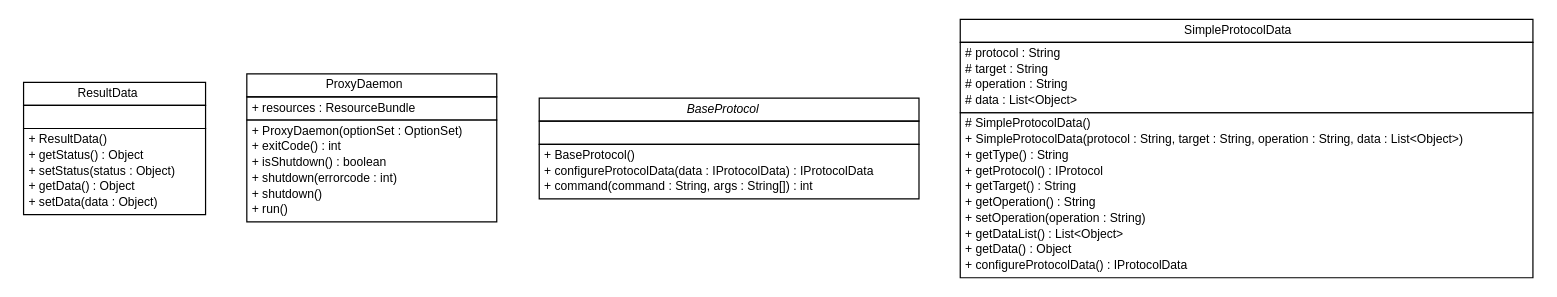
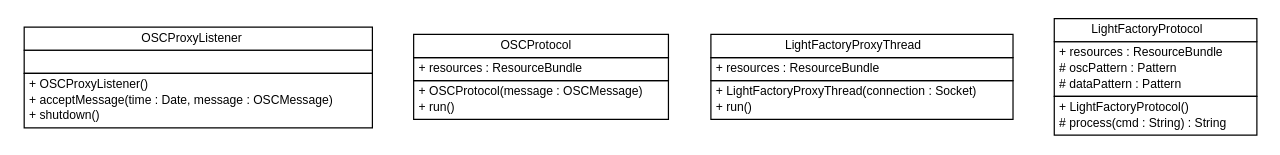
One commit to pcross616/lf-osc-proxy changed the diagram in apidocs/com/xley/lfosc/impl/com.xley.lfosc.impl.dot. Above: the diagram before and after it, drawn with Graphviz. The commit also changed 541 other files, not shown here.

```diff
--- a/apidocs/com/xley/lfosc/impl/com.xley.lfosc.impl.dot
+++ b/apidocs/com/xley/lfosc/impl/com.xley.lfosc.impl.dot
@@ -1,83 +1,67 @@
 #!/usr/local/bin/dot
 #
 # Class diagram 
 # Generated by UMLGraph version R5_6 (http://www.umlgraph.org/)
 #
 
 digraph G {
 	edge [fontname="Helvetica",fontsize=10,labelfontname="Helvetica",labelfontsize=10];
 	node [fontname="Helvetica",fontsize=10,shape=plaintext];
 	nodesep=0.25;
 	ranksep=0.5;
-	// com.xley.lfosc.impl.ResultData
-	c461 [label=<<table title="com.xley.lfosc.impl.ResultData" border="0" cellborder="1" cellspacing="0" cellpadding="2" port="p" href="./ResultData.html">
+	// com.xley.lfosc.impl.OSCProxyListener
+	c8 [label=<<table title="com.xley.lfosc.impl.OSCProxyListener" border="0" cellborder="1" cellspacing="0" cellpadding="2" port="p" href="./OSCProxyListener.html">
 		<tr><td><table border="0" cellspacing="0" cellpadding="1">
-<tr><td align="center" balign="center"> ResultData </td></tr>
+<tr><td align="center" balign="center"> OSCProxyListener </td></tr>
 		</table></td></tr>
 		<tr><td><table border="0" cellspacing="0" cellpadding="1">
 <tr><td align="left" balign="left">  </td></tr>
 		</table></td></tr>
 		<tr><td><table border="0" cellspacing="0" cellpadding="1">
-<tr><td align="left" balign="left"> + ResultData() </td></tr>
-<tr><td align="left" balign="left"> + getStatus() : Object </td></tr>
-<tr><td align="left" balign="left"> + setStatus(status : Object) </td></tr>
-<tr><td align="left" balign="left"> + getData() : Object </td></tr>
-<tr><td align="left" balign="left"> + setData(data : Object) </td></tr>
+<tr><td align="left" balign="left"> + OSCProxyListener() </td></tr>
+<tr><td align="left" balign="left"> + acceptMessage(time : Date, message : OSCMessage) </td></tr>
+<tr><td align="left" balign="left"> + shutdown() </td></tr>
 		</table></td></tr>
-		</table>>, URL="./ResultData.html", fontname="Helvetica", fontcolor="black", fontsize=10.0];
-	// com.xley.lfosc.impl.ProxyDaemon
-	c462 [label=<<table title="com.xley.lfosc.impl.ProxyDaemon" border="0" cellborder="1" cellspacing="0" cellpadding="2" port="p" href="./ProxyDaemon.html">
+		</table>>, URL="./OSCProxyListener.html", fontname="Helvetica", fontcolor="black", fontsize=10.0];
+	// com.xley.lfosc.impl.OSCProtocol
+	c9 [label=<<table title="com.xley.lfosc.impl.OSCProtocol" border="0" cellborder="1" cellspacing="0" cellpadding="2" port="p" href="./OSCProtocol.html">
 		<tr><td><table border="0" cellspacing="0" cellpadding="1">
-<tr><td align="center" balign="center"> ProxyDaemon </td></tr>
+<tr><td align="center" balign="center"> OSCProtocol </td></tr>
 		</table></td></tr>
 		<tr><td><table border="0" cellspacing="0" cellpadding="1">
 <tr><td align="left" balign="left"> + resources : ResourceBundle </td></tr>
 		</table></td></tr>
 		<tr><td><table border="0" cellspacing="0" cellpadding="1">
-<tr><td align="left" balign="left"> + ProxyDaemon(optionSet : OptionSet) </td></tr>
-<tr><td align="left" balign="left"> + exitCode() : int </td></tr>
-<tr><td align="left" balign="left"> + isShutdown() : boolean </td></tr>
-<tr><td align="left" balign="left"> + shutdown(errorcode : int) </td></tr>
-<tr><td align="left" balign="left"> + shutdown() </td></tr>
+<tr><td align="left" balign="left"> + OSCProtocol(message : OSCMessage) </td></tr>
 <tr><td align="left" balign="left"> + run() </td></tr>
 		</table></td></tr>
-		</table>>, URL="./ProxyDaemon.html", fontname="Helvetica", fontcolor="black", fontsize=10.0];
-	// com.xley.lfosc.impl.BaseProtocol
-	c463 [label=<<table title="com.xley.lfosc.impl.BaseProtocol" border="0" cellborder="1" cellspacing="0" cellpadding="2" port="p" href="./BaseProtocol.html">
+		</table>>, URL="./OSCProtocol.html", fontname="Helvetica", fontcolor="black", fontsize=10.0];
+	// com.xley.lfosc.impl.LightFactoryProxyThread
+	c10 [label=<<table title="com.xley.lfosc.impl.LightFactoryProxyThread" border="0" cellborder="1" cellspacing="0" cellpadding="2" port="p" href="./LightFactoryProxyThread.html">
 		<tr><td><table border="0" cellspacing="0" cellpadding="1">
-<tr><td align="center" balign="center"><font face="Helvetica-Oblique"> BaseProtocol </font></td></tr>
+<tr><td align="center" balign="center"> LightFactoryProxyThread </td></tr>
 		</table></td></tr>
 		<tr><td><table border="0" cellspacing="0" cellpadding="1">
-<tr><td align="left" balign="left">  </td></tr>
+<tr><td align="left" balign="left"> + resources : ResourceBundle </td></tr>
 		</table></td></tr>
 		<tr><td><table border="0" cellspacing="0" cellpadding="1">
-<tr><td align="left" balign="left"> + BaseProtocol() </td></tr>
-<tr><td align="left" balign="left"> + configureProtocolData(data : IProtocolData) : IProtocolData </td></tr>
-<tr><td align="left" balign="left"> + command(command : String, args : String[]) : int </td></tr>
+<tr><td align="left" balign="left"> + LightFactoryProxyThread(connection : Socket) </td></tr>
+<tr><td align="left" balign="left"> + run() </td></tr>
 		</table></td></tr>
-		</table>>, URL="./BaseProtocol.html", fontname="Helvetica", fontcolor="black", fontsize=10.0];
-	// com.xley.lfosc.impl.SimpleProtocolData
-	c464 [label=<<table title="com.xley.lfosc.impl.SimpleProtocolData" border="0" cellborder="1" cellspacing="0" cellpadding="2" port="p" href="./SimpleProtocolData.html">
+		</table>>, URL="./LightFactoryProxyThread.html", fontname="Helvetica", fontcolor="black", fontsize=10.0];
+	// com.xley.lfosc.impl.LightFactoryProtocol
+	c11 [label=<<table title="com.xley.lfosc.impl.LightFactoryProtocol" border="0" cellborder="1" cellspacing="0" cellpadding="2" port="p" href="./LightFactoryProtocol.html">
 		<tr><td><table border="0" cellspacing="0" cellpadding="1">
-<tr><td align="center" balign="center"> SimpleProtocolData </td></tr>
+<tr><td align="center" balign="center"> LightFactoryProtocol </td></tr>
 		</table></td></tr>
 		<tr><td><table border="0" cellspacing="0" cellpadding="1">
-<tr><td align="left" balign="left"> # protocol : String </td></tr>
-<tr><td align="left" balign="left"> # target : String </td></tr>
-<tr><td align="left" balign="left"> # operation : String </td></tr>
-<tr><td align="left" balign="left"> # data : List&lt;Object&gt; </td></tr>
+<tr><td align="left" balign="left"> + resources : ResourceBundle </td></tr>
+<tr><td align="left" balign="left"> # oscPattern : Pattern </td></tr>
+<tr><td align="left" balign="left"> # dataPattern : Pattern </td></tr>
 		</table></td></tr>
 		<tr><td><table border="0" cellspacing="0" cellpadding="1">
-<tr><td align="left" balign="left"> # SimpleProtocolData() </td></tr>
-<tr><td align="left" balign="left"> + SimpleProtocolData(protocol : String, target : String, operation : String, data : List&lt;Object&gt;) </td></tr>
-<tr><td align="left" balign="left"> + getType() : String </td></tr>
-<tr><td align="left" balign="left"> + getProtocol() : IProtocol </td></tr>
-<tr><td align="left" balign="left"> + getTarget() : String </td></tr>
-<tr><td align="left" balign="left"> + getOperation() : String </td></tr>
-<tr><td align="left" balign="left"> + setOperation(operation : String) </td></tr>
-<tr><td align="left" balign="left"> + getDataList() : List&lt;Object&gt; </td></tr>
-<tr><td align="left" balign="left"> + getData() : Object </td></tr>
-<tr><td align="left" balign="left"> + configureProtocolData() : IProtocolData </td></tr>
+<tr><td align="left" balign="left"> + LightFactoryProtocol() </td></tr>
+<tr><td align="left" balign="left"> # process(cmd : String) : String </td></tr>
 		</table></td></tr>
-		</table>>, URL="./SimpleProtocolData.html", fontname="Helvetica", fontcolor="black", fontsize=10.0];
+		</table>>, URL="./LightFactoryProtocol.html", fontname="Helvetica", fontcolor="black", fontsize=10.0];
 }
```
